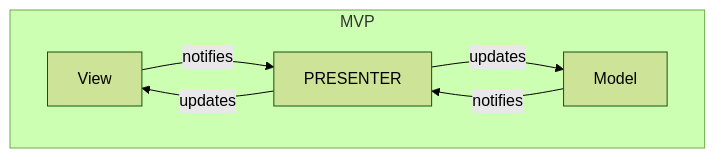
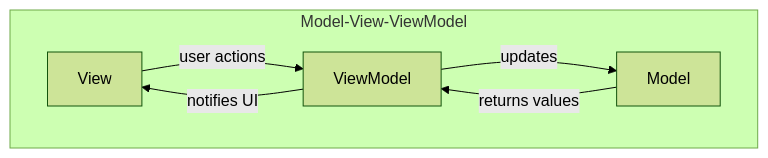
The diagram in python/py_view/README.md (danielvie/code), drawn with Mermaid (forest theme) before and after one commit. The commit also changed other lines of this file and 7 other files, not shown here.

````diff
--- a/python/py_view/README.md
+++ b/python/py_view/README.md
@@ -1,13 +1,13 @@
 ```mermaid
 graph TD
-    subgraph MVP
+    subgraph Model-View-ViewModel
         V[View]
         M[Model]
-        P[PRESENTER]
+        VM[ViewModel]
     end
 
-    M -->|notifies| P
-    P -->|updates| M
-    P -->|updates| V
-    V -->|notifies| P
+    V -->|user actions| VM
+    VM -->|updates| M
+    M -->|returns values| VM
+    VM -->|notifies UI| V
 ```
````
